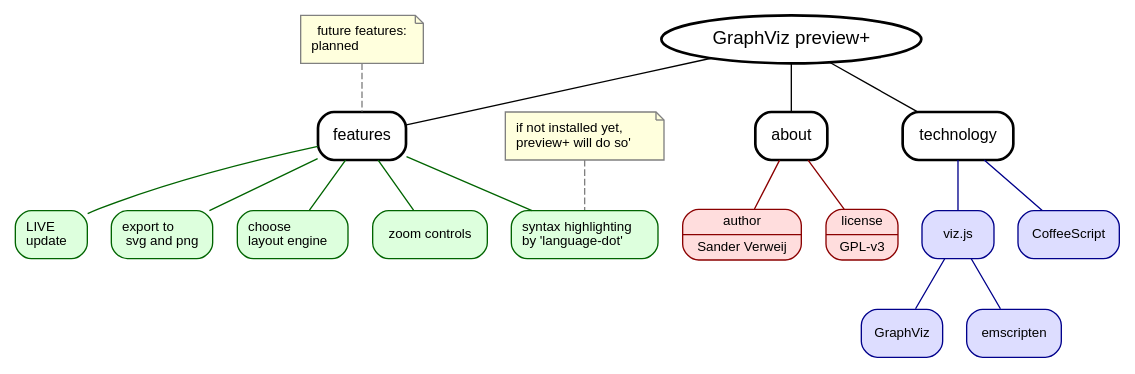
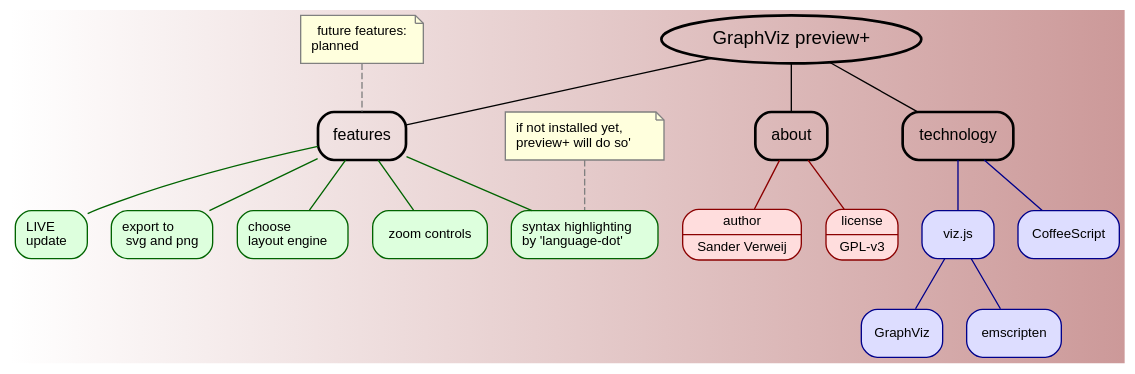
Before and after one commit to sverweij/atom-graphviz-preview-plus: the diagram in samples/graphviz-preview-plus.dot, drawn with Graphviz.

Commit message:
makes one of the samples look a bit better

```diff
--- a/samples/graphviz-preview-plus.dot
+++ b/samples/graphviz-preview-plus.dot
@@ -1,51 +1,51 @@
 /* lays out best with twopi */
 graph "GraphViz preview plus" {
-    fontname=Helvetica fontsize=12 penwidth=2.0 overlap=auto
+    fontname=Helvetica fontsize=12 penwidth=2.0 overlap=auto bgcolor="white:#cc9999"
     node[shape=Mrecord fontname=Helvetica fontsize=12 style=bold]
 
     "GraphViz preview+" [shape=oval fontsize=14 style=bold  fontcolor=black]
 
     "GraphViz preview+" -- {
         features
         about
         technology
     }
 
     edge[color=darkred]
     node[color=darkred fontsize=10 fillcolor="#ffdddd" style=filled]
     about -- {
         author[label="{author|Sander Verweij}"]
         license[label="{license|GPL-v3}"]
     }
 
     edge[color=darkblue]
     node[color=darkblue fillcolor="#ddddff" style=filled]
     technology -- {
         "viz.js"
         CoffeeScript
     }
     "viz.js" -- {
         GraphViz
         emscripten
     }
 
     edge[color=darkgreen]
     node[color=darkgreen fillcolor="#ddffdd" style=filled]
     features -- {
         "LIVE\lupdate\l"
         "export to\lsvg and png"
         "choose\llayout engine\l"
         "zoom controls"
         "syntax highlighting\lby 'language-dot'\l"
     }
 
 
     node[shape=note style=filled fillcolor="#ffffdd" fontname=Helvetica fontsize=10 color=grey]
     edge[style=dashed color=grey]
 
     this [label="future features:\nplanned\l" style=filled  color=grey]
     this -- features
 
     pulled [label="if not installed yet,\l preview+ will do so'\l" style=filled]
     pulled -- "syntax highlighting\lby 'language-dot'\l"
 }
```
